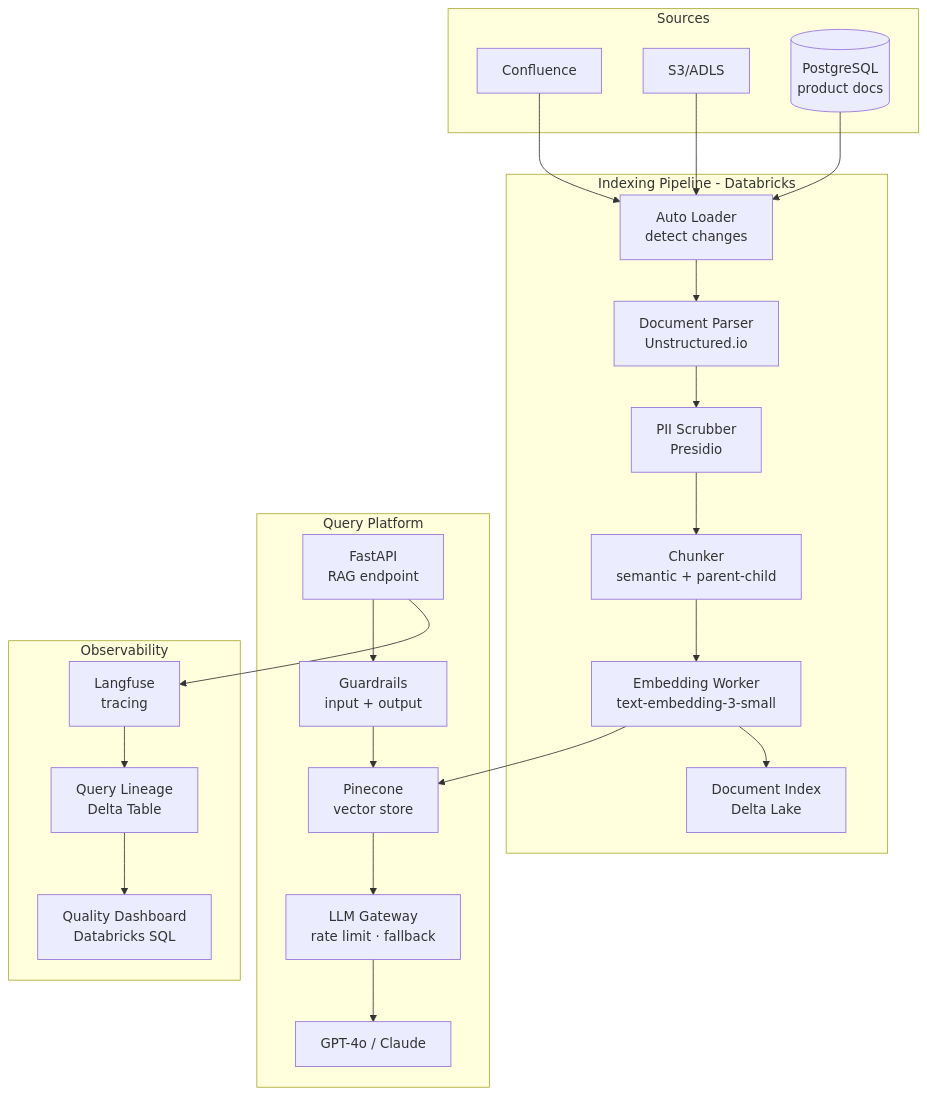
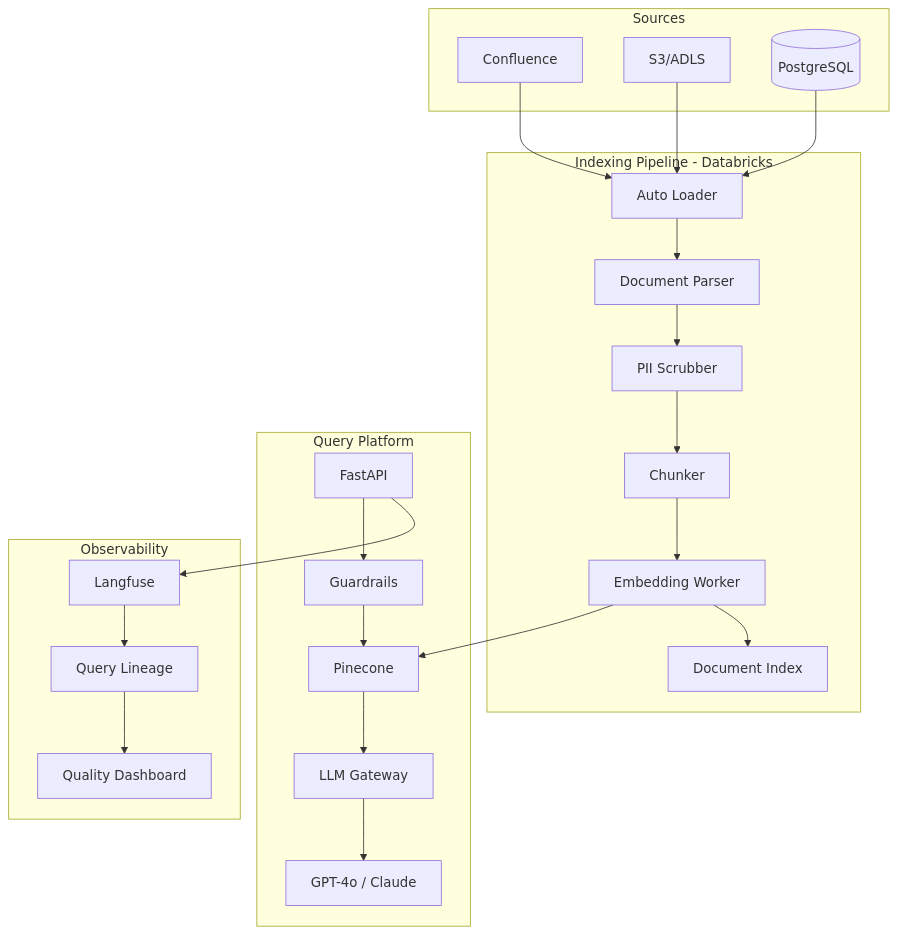
The first of 4 diagrams in 11-ai-data-engineering/08-ai-de-reference-architectures.md (gcmishra7/data-engineering-helper), drawn with Mermaid before and after one commit. The commit also changed other lines of this file and 57 other files, not shown here.

First line of the commit message:
Shorten mermaid node labels to fix text truncation on GitHub

````diff
--- a/11-ai-data-engineering/08-ai-de-reference-architectures.md
+++ b/11-ai-data-engineering/08-ai-de-reference-architectures.md
@@ -5,37 +5,37 @@
 ```mermaid
 graph TD
     subgraph Sources
         CONF[Confluence]
         S3[S3/ADLS]
-        DB_SRC[(PostgreSQL<br/>product docs)]
+        DB_SRC[(PostgreSQL)]
     end
     subgraph Indexing Pipeline - Databricks
-        AL[Auto Loader<br/>detect changes]
-        PARSE[Document Parser<br/>Unstructured.io]
-        PII[PII Scrubber<br/>Presidio]
-        CHUNK[Chunker<br/>semantic + parent-child]
-        EMBED[Embedding Worker<br/>text-embedding-3-small]
-        IDX_DELTA[Document Index<br/>Delta Lake]
+        AL[Auto Loader]
+        PARSE[Document Parser]
+        PII[PII Scrubber]
+        CHUNK[Chunker]
+        EMBED[Embedding Worker]
+        IDX_DELTA[Document Index]
     end
     subgraph Query Platform
-        API[FastAPI<br/>RAG endpoint]
-        GUARD[Guardrails<br/>input + output]
-        VS[Pinecone<br/>vector store]
-        LLM_GW[LLM Gateway<br/>rate limit · fallback]
+        API[FastAPI]
+        GUARD[Guardrails]
+        VS[Pinecone]
+        LLM_GW[LLM Gateway]
         LLM[GPT-4o / Claude]
     end
     subgraph Observability
-        LANGFUSE[Langfuse<br/>tracing]
-        LINEAGE_TBL[Query Lineage<br/>Delta Table]
-        DASH[Quality Dashboard<br/>Databricks SQL]
+        LANGFUSE[Langfuse]
+        LINEAGE_TBL[Query Lineage]
+        DASH[Quality Dashboard]
     end
 
     CONF --> AL
     S3 --> AL
     DB_SRC --> AL
     AL --> PARSE --> PII --> CHUNK --> EMBED
     EMBED --> VS
     EMBED --> IDX_DELTA
     API --> GUARD --> VS --> LLM_GW --> LLM
     API --> LANGFUSE --> LINEAGE_TBL --> DASH
 ```
````
